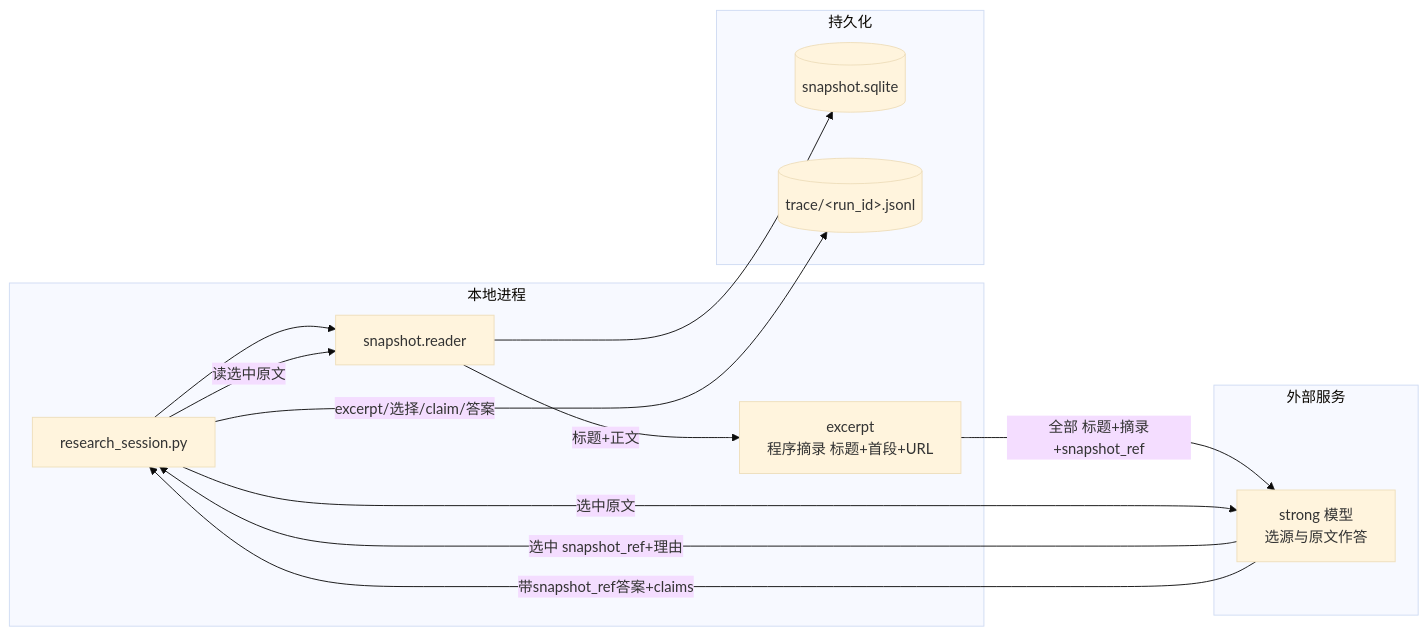
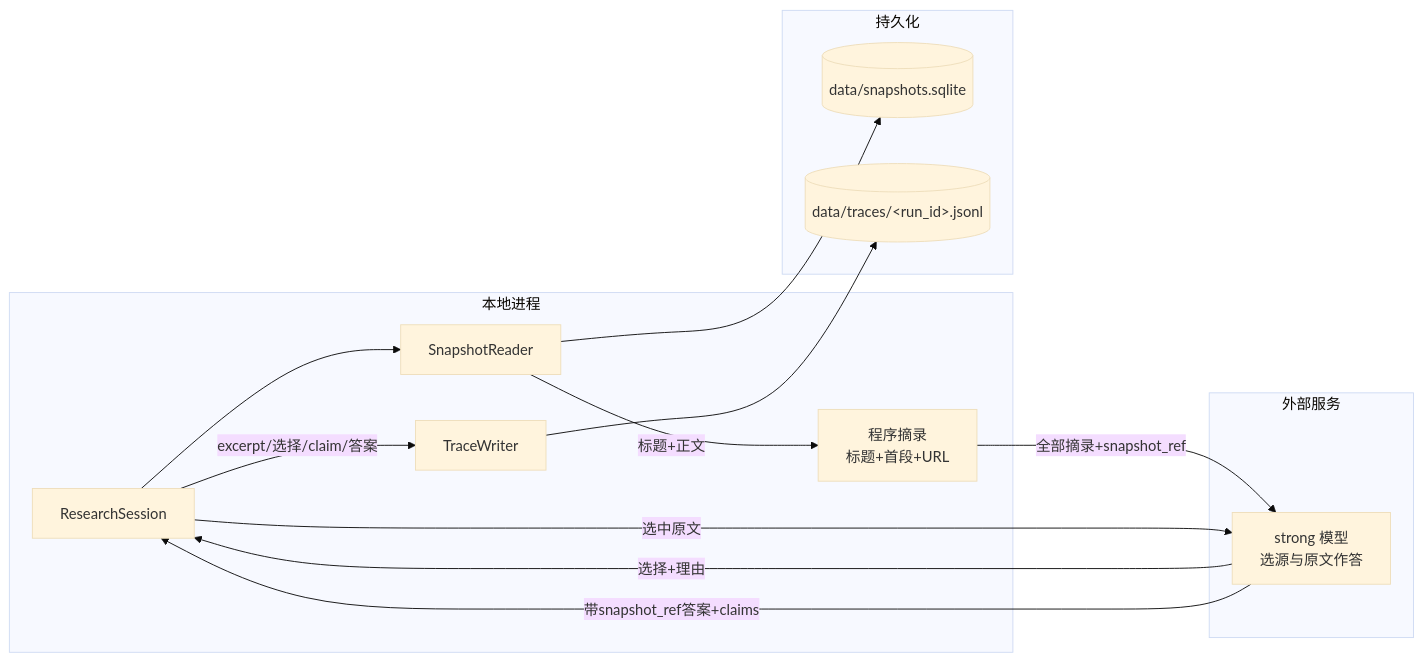
Before and after one commit to SuperCatQR/traceable-research-runtime: the fourth of 6 diagrams in docs/web-search-architecture.md, drawn with Mermaid (base theme). The commit also changed other lines of this file and 12 other files, not shown here.

Commit message:
fix: align research pipeline with architecture

````diff
--- a/docs/web-search-architecture.md
+++ b/docs/web-search-architecture.md
@@ -211,26 +192,26 @@
 ```mermaid
 flowchart LR
-    subgraph P2["本地进程"]
-        X2["research_session.py"]
-        EX["excerpt<br/>程序摘录 标题+首段+URL"]
-        SRr2["snapshot.reader"]
+    subgraph procSynthesize["本地进程"]
+        sessionSynthesize["ResearchSession"]
+        excerptBuild["程序摘录<br/>标题+首段+URL"]
+        snapshotReader["SnapshotReader"]
+        traceSynthesize["TraceWriter"]
     end
 
-    subgraph E2["外部服务"]
-        S2["strong 模型<br/>选源与原文作答"]
+    subgraph extSynthesize["外部服务"]
+        modelSynthesize["strong 模型<br/>选源与原文作答"]
     end
 
-    subgraph D2["持久化"]
-        SD2[("snapshot.sqlite")]
-        LG2[("trace/&lt;run_id&gt;.jsonl")]
+    subgraph dataSynthesize["持久化"]
+        snapshotData2[("data/snapshots.sqlite")]
+        traceData2[("data/traces/&lt;run_id&gt;.jsonl")]
     end
 
-    X2 --> SRr2 --> SD2
-    SRr2 -->|标题+正文| EX
-    EX -->|全部 标题+摘录+snapshot_ref| S2
-    S2 -->|选中 snapshot_ref+理由| X2
-    X2 -->|读选中原文| SRr2
-    X2 -->|选中原文| S2
-    S2 -->|带snapshot_ref答案+claims| X2
-    X2 -->|excerpt/选择/claim/答案| LG2
+    sessionSynthesize --> snapshotReader --> snapshotData2
+    snapshotReader -->|标题+正文| excerptBuild
+    excerptBuild -->|全部摘录+snapshot_ref| modelSynthesize
+    modelSynthesize -->|选择+理由| sessionSynthesize
+    sessionSynthesize -->|选中原文| modelSynthesize
+    modelSynthesize -->|带snapshot_ref答案+claims| sessionSynthesize
+    sessionSynthesize -->|excerpt/选择/claim/答案| traceSynthesize --> traceData2
 ```
````
